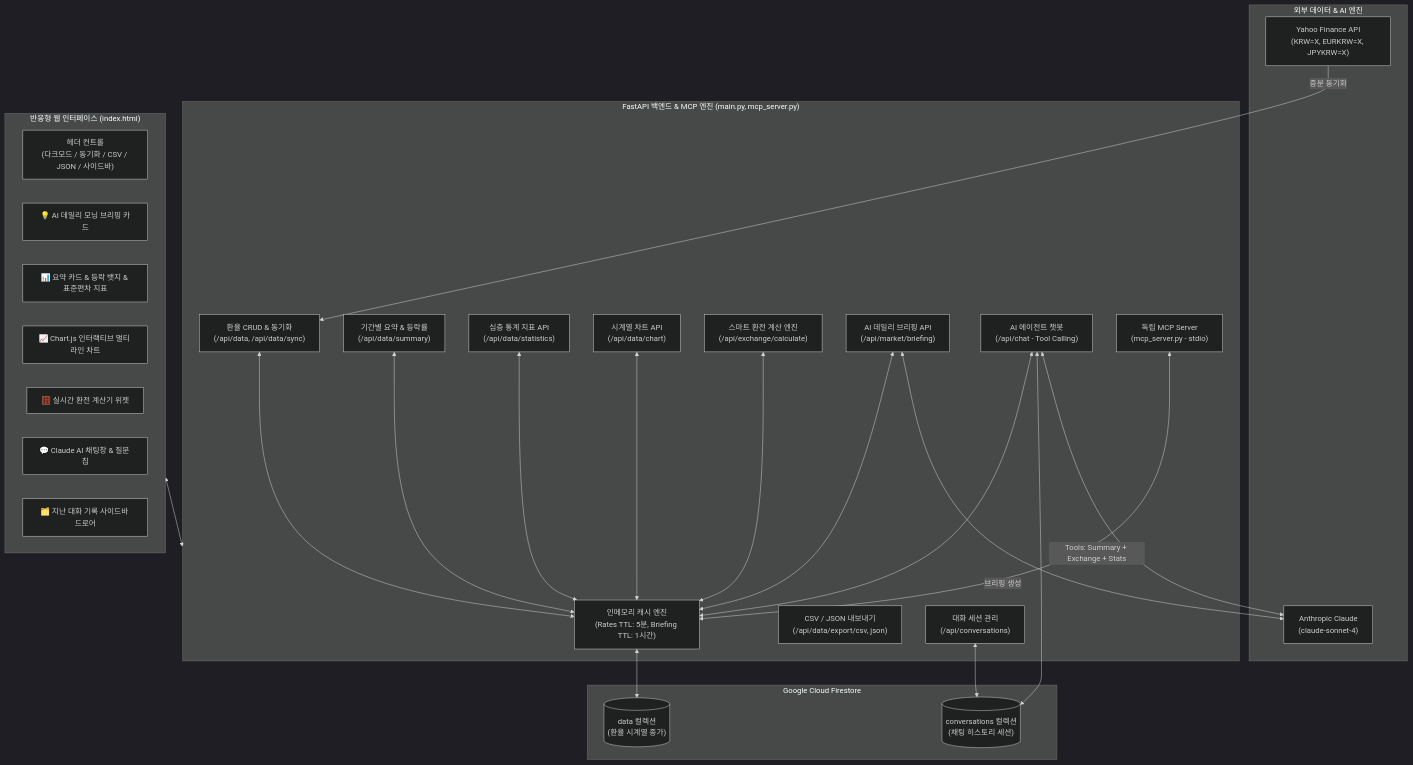
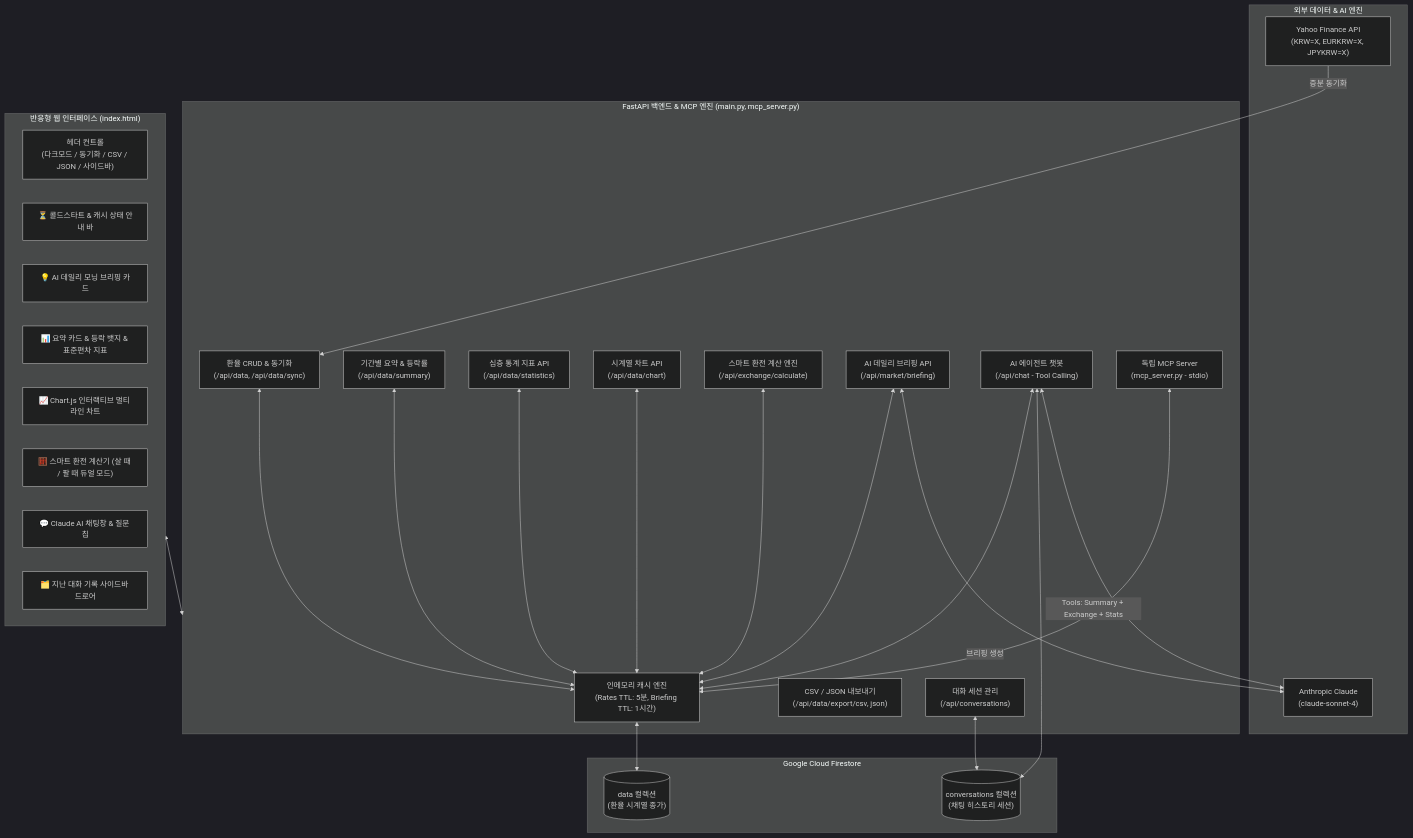
One commit to mustiolla/ai_agent_fx changed the fifth of 5 diagrams in README.md. Above: the diagram before and after it, drawn with Mermaid (dark theme). The commit also changed other lines of this file and 3 other files, not shown here.

Commit message:
fix: README 렌더링 에러(Mermaid/ASCII) 수정 및 평가 피드백(보안·CORS·콜드스타트·호환성·보존정책) 보완

````diff
--- a/README.md
+++ b/README.md
@@ -540,55 +538,56 @@
 ```mermaid
 flowchart TD
     subgraph ExternalSources ["외부 데이터 & AI 엔진"]
         YF["Yahoo Finance API<br>(KRW=X, EURKRW=X, JPYKRW=X)"]
         CLAUDE["Anthropic Claude<br>(claude-sonnet-4)"]
     end
 
     subgraph BackendServer ["FastAPI 백엔드 & MCP 엔진 (main.py, mcp_server.py)"]
         CACHE["인메모리 캐시 엔진<br>(Rates TTL: 5분, Briefing TTL: 1시간)"]
         
         API_DATA["환율 CRUD & 동기화<br>(/api/data, /api/data/sync)"]
         API_SUM["기간별 요약 & 등락률<br>(/api/data/summary)"]
         API_STATS["심층 통계 지표 API<br>(/api/data/statistics)"]
         API_CHART["시계열 차트 API<br>(/api/data/chart)"]
         API_CALC["스마트 환전 계산 엔진<br>(/api/exchange/calculate)"]
         API_BRIEF["AI 데일리 브리핑 API<br>(/api/market/briefing)"]
         API_EXPORT["CSV / JSON 내보내기<br>(/api/data/export/csv, json)"]
         API_CONV["대화 세션 관리<br>(/api/conversations)"]
         API_CHAT["AI 에이전트 챗봇<br>(/api/chat - Tool Calling)"]
         MCP["독립 MCP Server<br>(mcp_server.py - stdio)"]
 
         API_DATA <--> CACHE
         API_SUM <--> CACHE
         API_STATS <--> CACHE
         API_CHART <--> CACHE
         API_CALC <--> CACHE
         API_BRIEF <--> CACHE
         API_CHAT <--> CACHE
         MCP <--> CACHE
     end
 
     subgraph Database ["Google Cloud Firestore"]
         DB_DATA[("data 컬렉션<br>(환율 시계열 종가)")]
         DB_CONV[("conversations 컬렉션<br>(채팅 히스토리 세션)")]
         CACHE <--> DB_DATA
         API_CONV <--> DB_CONV
         API_CHAT <--> DB_CONV
     end
 
     subgraph FrontendApp ["반응형 웹 인터페이스 (index.html)"]
         UI_HEADER["헤더 컨트롤<br>(다크모드 / 동기화 / CSV / JSON / 사이드바)"]
+        UI_COLD["⏳ 콜드스타트 & 캐시 상태 안내 바"]
         UI_BRIEF["💡 AI 데일리 모닝 브리핑 카드"]
         UI_SUM["📊 요약 카드 & 등락 뱃지 & 표준편차 지표"]
         UI_CHART["📈 Chart.js 인터랙티브 멀티 라인 차트"]
-        UI_CALC["🧮 실시간 환전 계산기 위젯"]
+        UI_CALC["🧮 스마트 환전 계산기 (살 때 / 팔 때 듀얼 모드)"]
         UI_CHAT["💬 Claude AI 채팅창 & 질문 칩"]
         UI_SIDEBAR["🗂️ 지난 대화 기록 사이드바 드로어"]
     end
 
     YF -->|증분 동기화| API_DATA
     API_BRIEF <-->|브리핑 생성| CLAUDE
     API_CHAT <-->|Tools: Summary + Exchange + Stats| CLAUDE
 
     FrontendApp <--> BackendServer
 ```
````
